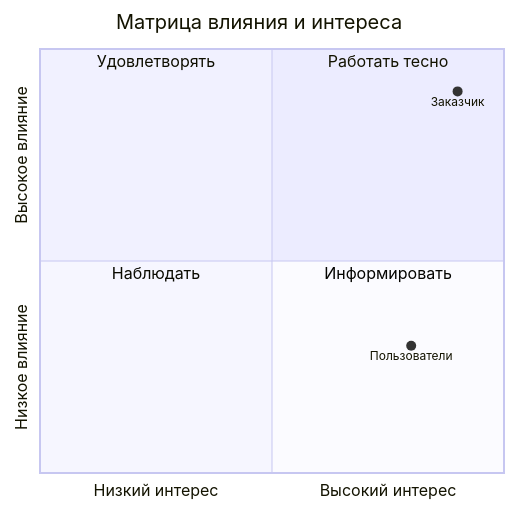
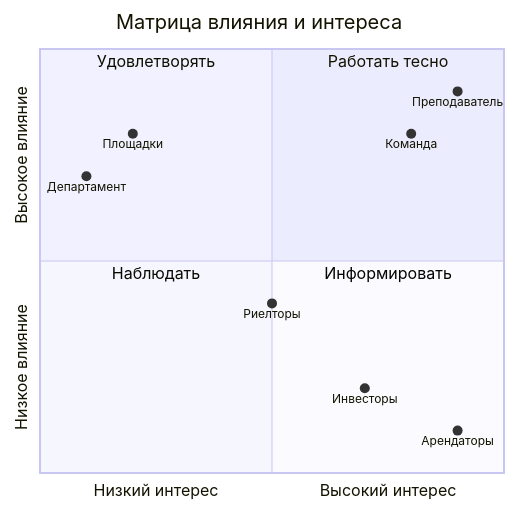
Before and after one commit to halcyonmw/pm-lab-12-mscrent: the diagram in docs/stakeholders.md, drawn with Mermaid. The commit also changed other lines of this file, not shown here.

````diff
--- a/docs/stakeholders.md
+++ b/docs/stakeholders.md
@@ -13,12 +20,17 @@
 ```mermaid
 quadrantChart
     title Матрица влияния и интереса
     x-axis Низкий интерес --> Высокий интерес
     y-axis Низкое влияние --> Высокое влияние
     quadrant-1 Работать тесно
     quadrant-2 Удовлетворять
     quadrant-3 Наблюдать
     quadrant-4 Информировать
-    Заказчик: [0.9, 0.9]
-    Пользователи: [0.8, 0.3]
+    Преподаватель: [0.9, 0.9]
+    Команда: [0.8, 0.8]
+    Арендаторы: [0.9, 0.1]
+    Инвесторы: [0.7, 0.2]
+    Риелторы: [0.5, 0.4]
+    Площадки: [0.2, 0.8]
+    Департамент: [0.1, 0.7]
 ```
````
